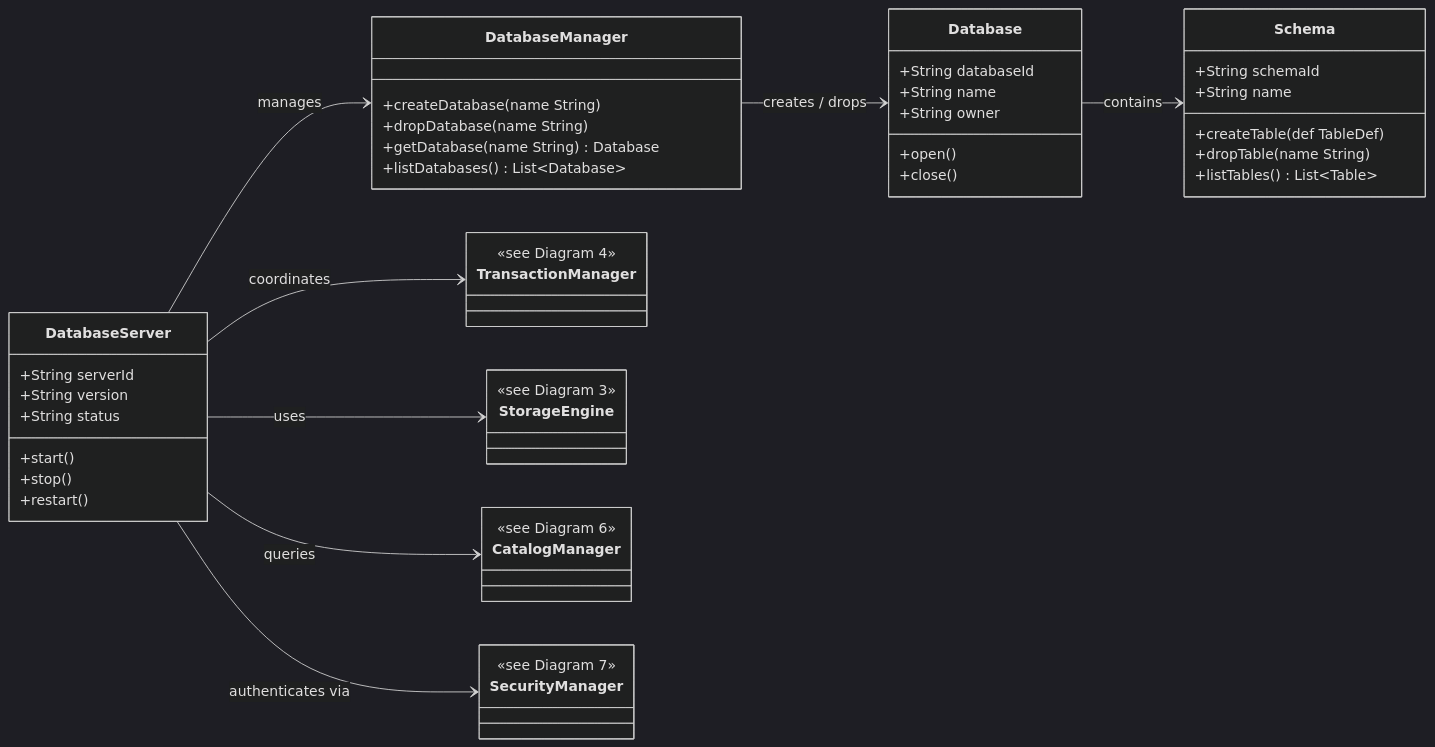
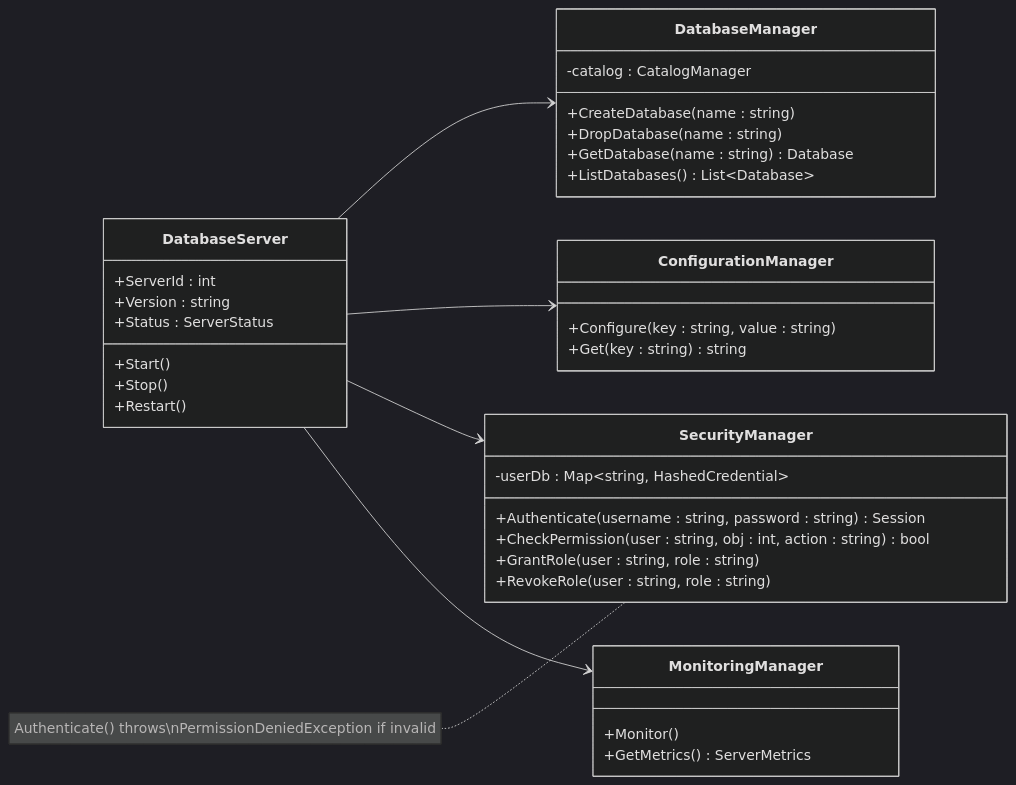
The third of 9 diagrams in README.md (Hagiakhanh/bbv-dbms), drawn with Mermaid (dark theme) before and after one commit. The commit also changed other lines of this file, not shown here.

Commit message:
list integration test

````diff
--- a/README.md
+++ b/README.md
@@ -185,60 +495,39 @@
 ```mermaid
 classDiagram
 direction LR
-
-    class DatabaseServer {
-        +String serverId
-        +String version
-        +String status
-        +start()
-        +stop()
-        +restart()
-    }
-
-    class DatabaseManager {
-        +createDatabase(name String)
-        +dropDatabase(name String)
-        +getDatabase(name String) Database
-        +listDatabases() List~Database~
-    }
-
-    class Database {
-        +String databaseId
-        +String name
-        +String owner
-        +open()
-        +close()
-    }
-
-    class Schema {
-        +String schemaId
-        +String name
-        +createTable(def TableDef)
-        +dropTable(name String)
-        +listTables() List~Table~
-    }
-
-    class TransactionManager {
-        <<see Diagram 4>>
-    }
-
-    class StorageEngine {
-        <<see Diagram 3>>
-    }
-
-    class CatalogManager {
-        <<see Diagram 6>>
-    }
-
-    class SecurityManager {
-        <<see Diagram 7>>
-    }
-
-    DatabaseServer --> DatabaseManager : manages
-    DatabaseServer --> TransactionManager : coordinates
-    DatabaseServer --> StorageEngine : uses
-    DatabaseServer --> CatalogManager : queries
-    DatabaseServer --> SecurityManager : authenticates via
-    DatabaseManager --> Database : creates / drops
-    Database --> Schema : contains
+class DatabaseServer {
+    +ServerId : int
+    +Version : string
+    +Status : ServerStatus
+    +Start()
+    +Stop()
+    +Restart()
+}
+class DatabaseManager {
+    -catalog : CatalogManager
+    +CreateDatabase(name : string)
+    +DropDatabase(name : string)
+    +GetDatabase(name : string) Database
+    +ListDatabases() List~Database~
+}
+class ConfigurationManager {
+    +Configure(key : string, value : string)
+    +Get(key : string) string
+}
+class SecurityManager {
+    -userDb : Map~string, HashedCredential~
+    +Authenticate(username : string, password : string) Session
+    +CheckPermission(user : string, obj : int, action : string) bool
+    +GrantRole(user : string, role : string)
+    +RevokeRole(user : string, role : string)
+}
+note for SecurityManager "Authenticate() throws\nPermissionDeniedException if invalid"
+class MonitoringManager {
+    +Monitor()
+    +GetMetrics() ServerMetrics
+}
+DatabaseServer --> DatabaseManager
+DatabaseServer --> ConfigurationManager
+DatabaseServer --> SecurityManager
+DatabaseServer --> MonitoringManager
 ```
````
